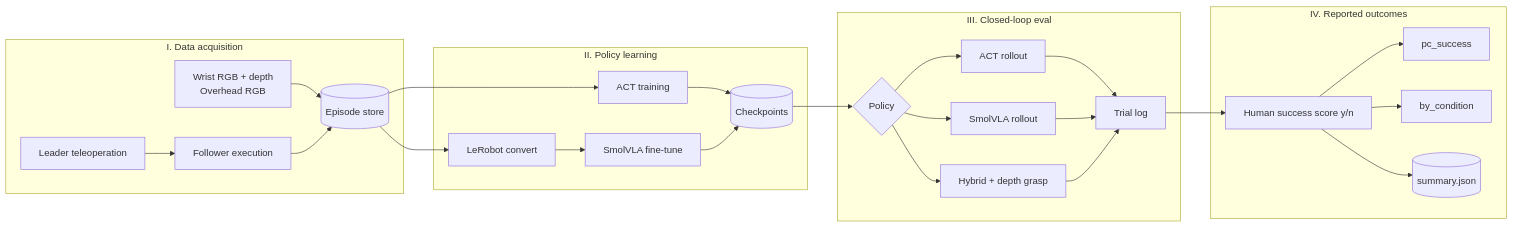
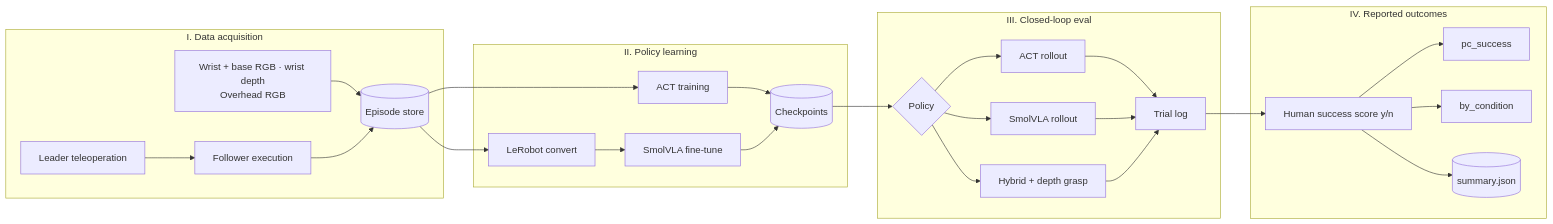
One commit to romil0001/Imitation-learning_data_pipeline_LeRobot_SO-101 changed the first of 4 diagrams in docs/outcomes.md. Above: the diagram before and after it, drawn with Mermaid. The commit also changed other lines of this file and 52 other files, not shown here.

````diff
--- a/docs/outcomes.md
+++ b/docs/outcomes.md
@@ -28,36 +28,36 @@
 ```mermaid
 flowchart LR
   subgraph acquisition["I. Data acquisition"]
     T[Leader teleoperation]
     F[Follower execution]
-    C[Wrist RGB + depth<br/>Overhead RGB]
+    C[Wrist + base RGB · wrist depth<br/>Overhead RGB]
     T --> F
     C --> D[(Episode store)]
     F --> D
   end
 
   subgraph learning["II. Policy learning"]
     D --> ACT[ACT training]
     D --> CONV[LeRobot convert]
     CONV --> SV[SmolVLA fine-tune]
     ACT --> CKPT[(Checkpoints)]
     SV --> CKPT
   end
 
   subgraph deployment["III. Closed-loop eval"]
     CKPT --> POL{Policy}
     POL --> ACTe[ACT rollout]
     POL --> SVe[SmolVLA rollout]
     POL --> HY[Hybrid + depth grasp]
     ACTe --> TRIAL[Trial log]
     SVe --> TRIAL
     HY --> TRIAL
   end
 
   subgraph metrics["IV. Reported outcomes"]
     TRIAL --> SCORE[Human success score y/n]
     SCORE --> PC["pc_success"]
     SCORE --> COND["by_condition"]
     SCORE --> ART[(summary.json)]
   end
 ```
````
